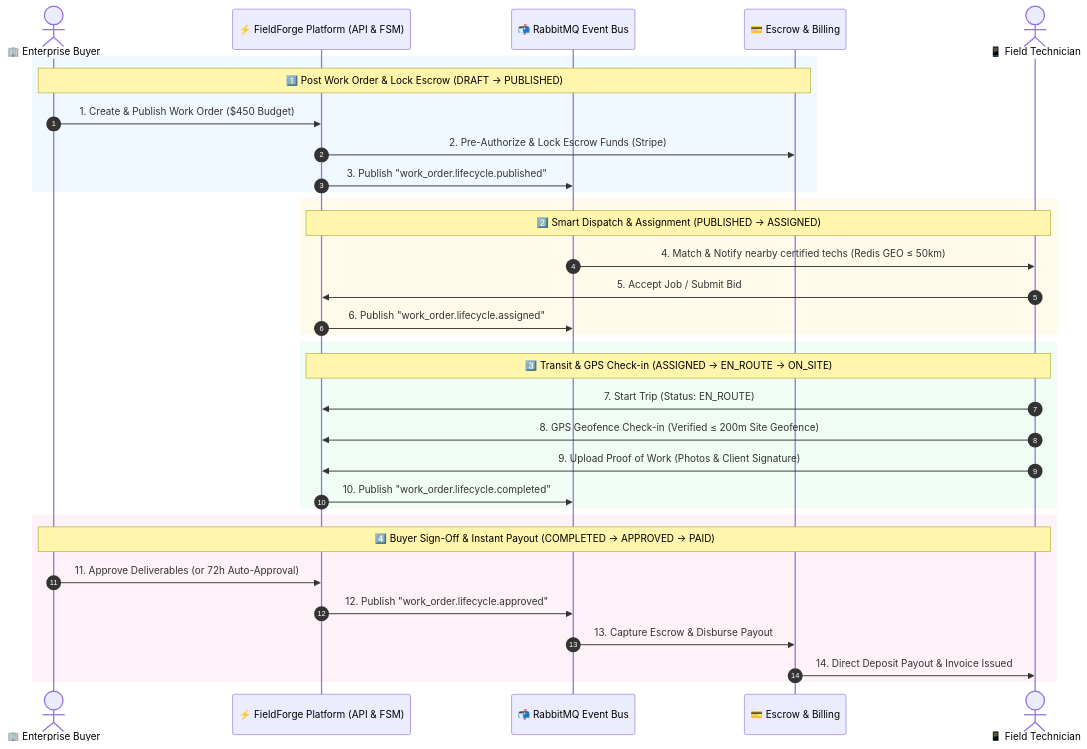
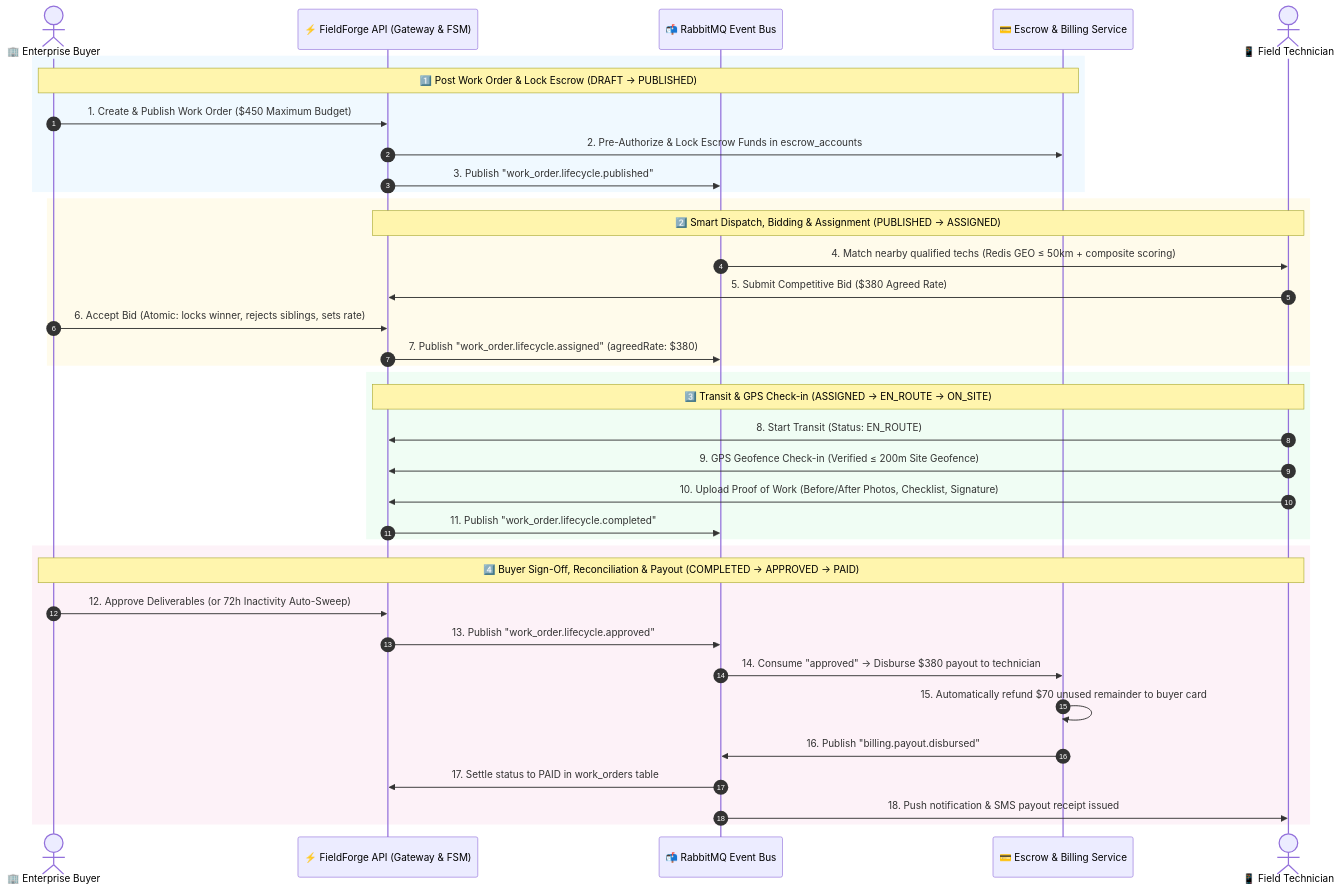
One commit to satya-ranjon/FieldForge changed the second of 5 diagrams in README.md. Above: the diagram before and after it, drawn with Mermaid. The commit also changed other lines of this file and 10 other files, not shown here.

First line of the commit message:
refactor(dispatch): decouple candidate scoring from spatial search service (FF-CODE-08)

````diff
--- a/README.md
+++ b/README.md
@@ -139,43 +152,47 @@
 ```mermaid
 sequenceDiagram
     autonumber
     actor Buyer as 🏢 Enterprise Buyer
-    participant Core as ⚡ FieldForge Platform (API & FSM)
+    participant Core as ⚡ FieldForge API (Gateway & FSM)
     participant MQ as 📬 RabbitMQ Event Bus
-    participant Bill as 💳 Escrow & Billing
+    participant Bill as 💳 Escrow & Billing Service
     actor Tech as 📱 Field Technician
 
     %% 1. Post & Lock Escrow
     rect rgb(240, 249, 255)
     Note over Buyer, Bill: 1️⃣ Post Work Order & Lock Escrow (DRAFT → PUBLISHED)
-    Buyer->>Core: 1. Create & Publish Work Order ($450 Budget)
-    Core->>Bill: 2. Pre-Authorize & Lock Escrow Funds (Stripe)
+    Buyer->>Core: 1. Create & Publish Work Order ($450 Maximum Budget)
+    Core->>Bill: 2. Pre-Authorize & Lock Escrow Funds in escrow_accounts
     Core->>MQ: 3. Publish "work_order.lifecycle.published"
     end
 
-    %% 2. Dispatch & Matching
+    %% 2. Dispatch, Bidding & Assignment
     rect rgb(255, 251, 235)
-    Note over Core, Tech: 2️⃣ Smart Dispatch & Assignment (PUBLISHED → ASSIGNED)
-    MQ->>Tech: 4. Match & Notify nearby certified techs (Redis GEO ≤ 50km)
-    Tech->>Core: 5. Accept Job / Submit Bid
-    Core->>MQ: 6. Publish "work_order.lifecycle.assigned"
+    Note over Core, Tech: 2️⃣ Smart Dispatch, Bidding & Assignment (PUBLISHED → ASSIGNED)
+    MQ->>Tech: 4. Match nearby qualified techs (Redis GEO ≤ 50km + composite scoring)
+    Tech->>Core: 5. Submit Competitive Bid ($380 Agreed Rate)
+    Buyer->>Core: 6. Accept Bid (Atomic: locks winner, rejects siblings, sets rate)
+    Core->>MQ: 7. Publish "work_order.lifecycle.assigned" (agreedRate: $380)
     end
 
     %% 3. Transit & On-Site Verification
     rect rgb(240, 253, 244)
     Note over Core, Tech: 3️⃣ Transit & GPS Check-in (ASSIGNED → EN_ROUTE → ON_SITE)
-    Tech->>Core: 7. Start Trip (Status: EN_ROUTE)
-    Tech->>Core: 8. GPS Geofence Check-in (Verified ≤ 200m Site Geofence)
-    Tech->>Core: 9. Upload Proof of Work (Photos & Client Signature)
-    Core->>MQ: 10. Publish "work_order.lifecycle.completed"
+    Tech->>Core: 8. Start Transit (Status: EN_ROUTE)
+    Tech->>Core: 9. GPS Geofence Check-in (Verified ≤ 200m Site Geofence)
+    Tech->>Core: 10. Upload Proof of Work (Before/After Photos, Checklist, Signature)
+    Core->>MQ: 11. Publish "work_order.lifecycle.completed"
     end
 
-    %% 4. Approval & Escrow Release
+    %% 4. Approval, Escrow Release & Reconciliation
     rect rgb(253, 242, 248)
-    Note over Buyer, Tech: 4️⃣ Buyer Sign-Off & Instant Payout (COMPLETED → APPROVED → PAID)
-    Buyer->>Core: 11. Approve Deliverables (or 72h Auto-Approval)
-    Core->>MQ: 12. Publish "work_order.lifecycle.approved"
-    MQ->>Bill: 13. Capture Escrow & Disburse Payout
-    Bill->>Tech: 14. Direct Deposit Payout & Invoice Issued
+    Note over Buyer, Tech: 4️⃣ Buyer Sign-Off, Reconciliation & Payout (COMPLETED → APPROVED → PAID)
+    Buyer->>Core: 12. Approve Deliverables (or 72h Inactivity Auto-Sweep)
+    Core->>MQ: 13. Publish "work_order.lifecycle.approved"
+    MQ->>Bill: 14. Consume "approved" → Disburse $380 payout to technician
+    Bill->>Bill: 15. Automatically refund $70 unused remainder to buyer card
+    Bill->>MQ: 16. Publish "billing.payout.disbursed"
+    MQ->>Core: 17. Settle status to PAID in work_orders table
+    MQ->>Tech: 18. Push notification & SMS payout receipt issued
     end
 ```
````
